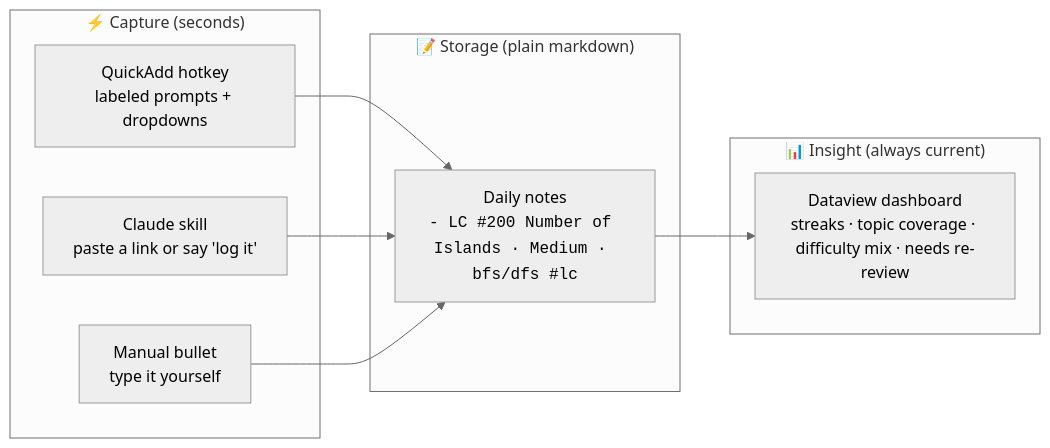
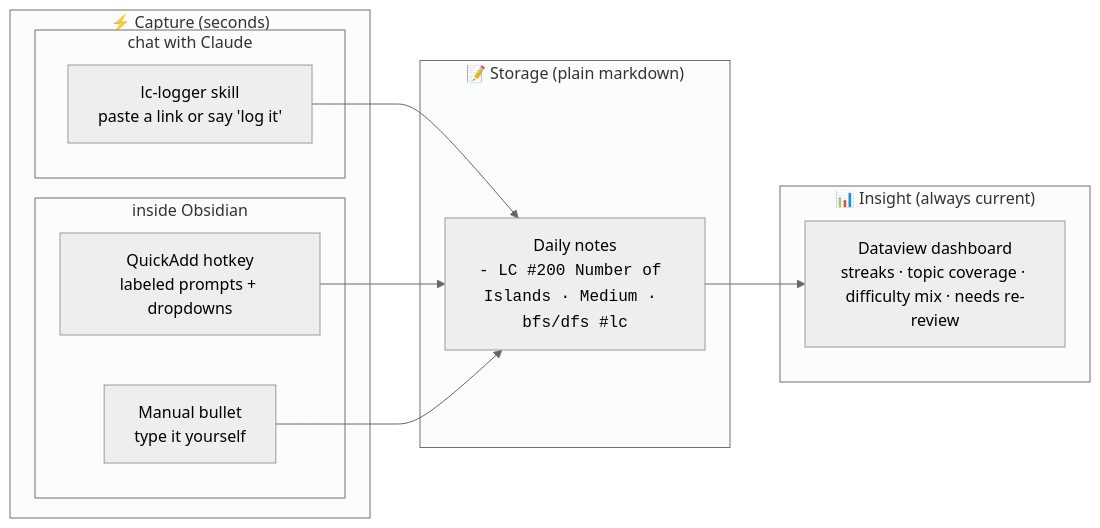
Before and after one commit to aaaxy/PrepDojo: the first of 2 diagrams in README.md, drawn with Mermaid (neutral theme). The commit also changed other lines of this file and 6 other files, not shown here.

````diff
--- a/README.md
+++ b/README.md
@@ -19,18 +19,22 @@
 ```mermaid
 flowchart LR
     subgraph capture ["⚡ Capture (seconds)"]
-        QA["QuickAdd hotkey<br/>labeled prompts + dropdowns"]
-        CS["Claude skill<br/>paste a link or say 'log it'"]
-        MB["Manual bullet<br/>type it yourself"]
+        subgraph obs ["inside Obsidian"]
+            QA["QuickAdd hotkey<br/>labeled prompts + dropdowns"]
+            MB["Manual bullet<br/>type it yourself"]
+        end
+        subgraph cl ["chat with Claude"]
+            CS["lc-logger skill<br/>paste a link or say 'log it'"]
+        end
     end
     subgraph storage ["📝 Storage (plain markdown)"]
         DN["Daily notes<br/><code>- LC #200 Number of Islands · Medium · bfs/dfs #lc</code>"]
     end
     subgraph insight ["📊 Insight (always current)"]
         DB["Dataview dashboard<br/>streaks · topic coverage · difficulty mix · needs re-review"]
     end
     QA --> DN
     CS --> DN
     MB --> DN
     DN --> DB
 ```
````
